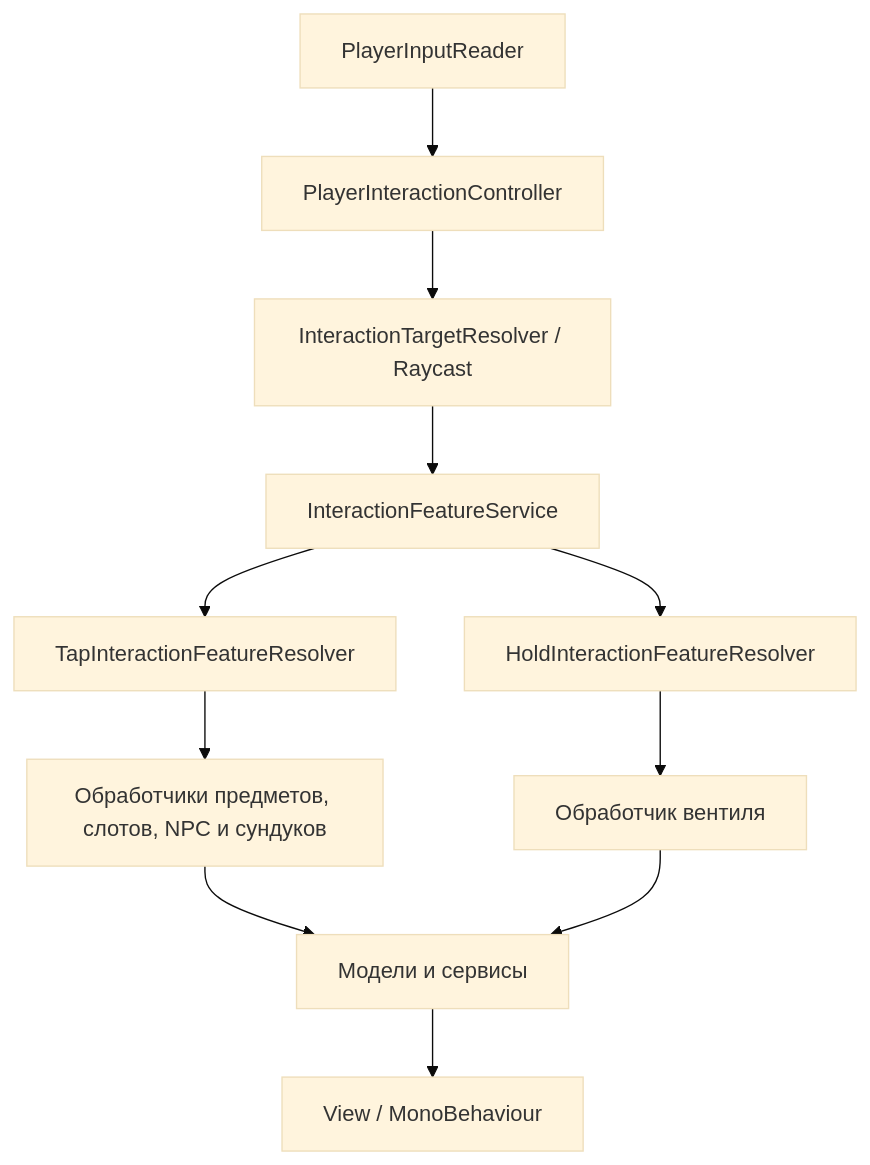
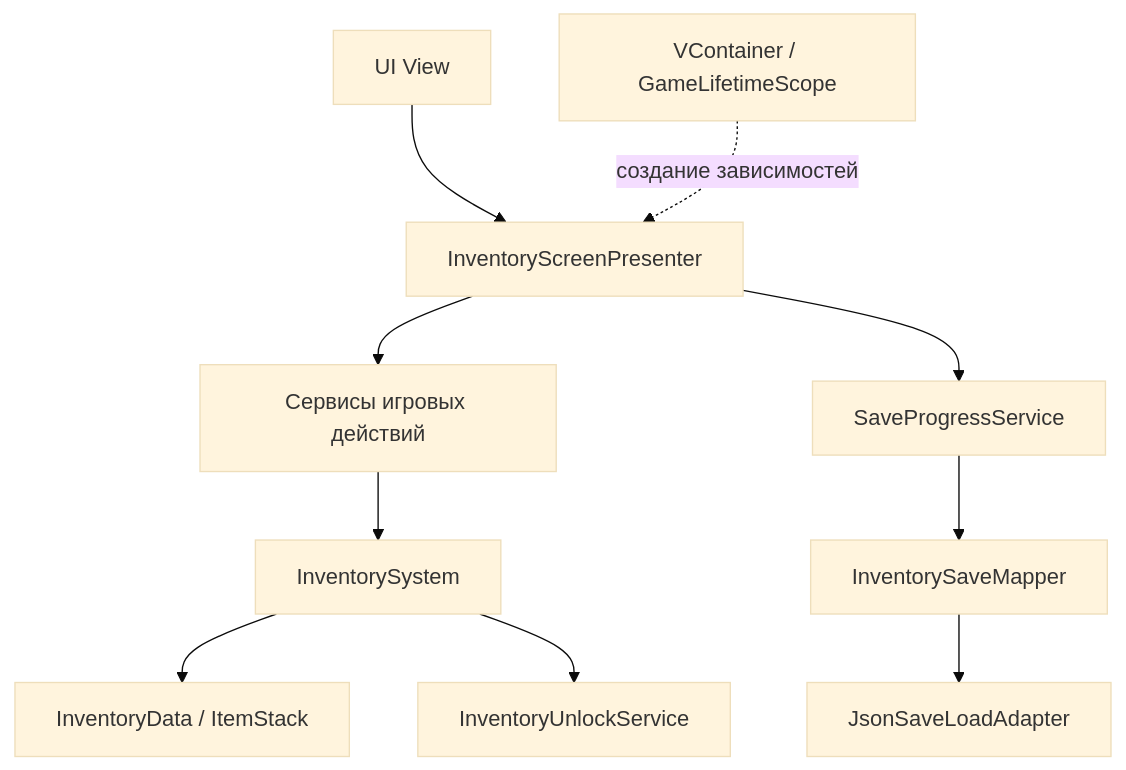
Before and after one commit to Artemii0056/TestTaskInventory: the diagram in README.md, drawn with Mermaid (base theme). The commit also changed other lines of this file, not shown here.

````diff
--- a/README.md
+++ b/README.md
@@ -21,13 +32,12 @@
 ```mermaid
 flowchart TD
-    A[PlayerInputReader] --> B[PlayerInteractionController]
-    B --> C[InteractionTargetResolver / Raycast]
-    C --> D[InteractionFeatureService]
-    D --> E[TapInteractionFeatureResolver]
-    D --> F[HoldInteractionFeatureResolver]
-    E --> G[Обработчики предметов, слотов, NPC и сундуков]
-    F --> H[Обработчик вентиля]
-    G --> I[Модели и сервисы]
-    H --> I
-    I --> J[View / MonoBehaviour]
+    View[UI View] --> Presenter[InventoryScreenPresenter]
+    Presenter --> UseCases[Сервисы игровых действий]
+    UseCases --> Inventory[InventorySystem]
+    Inventory --> Data[InventoryData / ItemStack]
+    Inventory --> Rules[InventoryUnlockService]
+    Presenter --> Save[SaveProgressService]
+    Save --> Mapper[InventorySaveMapper]
+    Mapper --> File[JsonSaveLoadAdapter]
+    Scope[VContainer / GameLifetimeScope] -. создание зависимостей .-> Presenter
 ```
````
